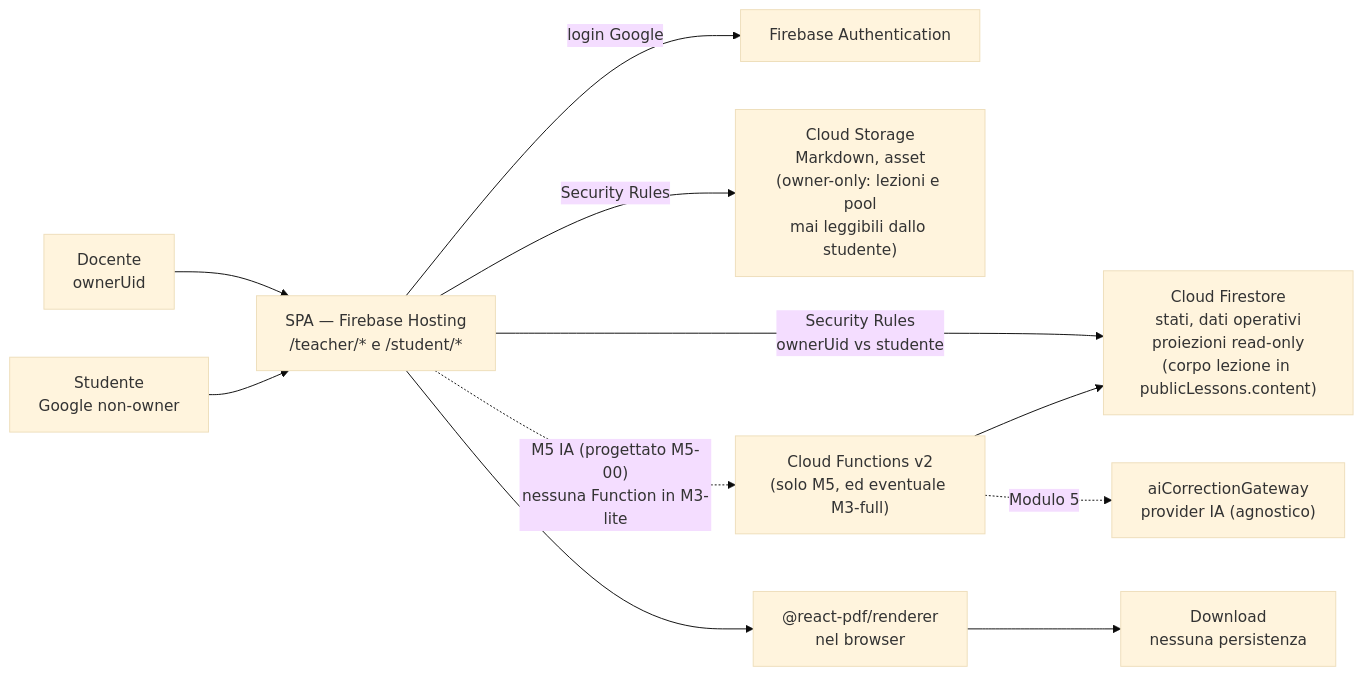
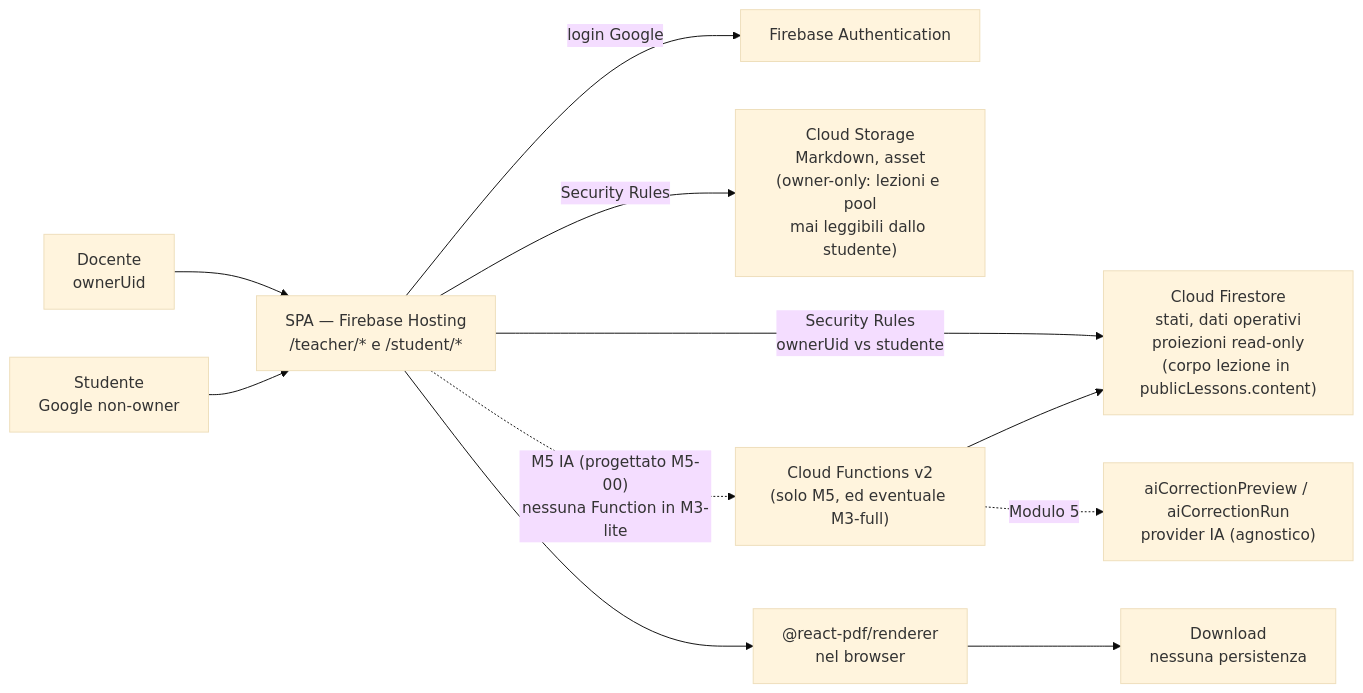
The first of 3 diagrams in documentazione/architettura.md (EnricoPaparo/SchoolForge), drawn with Mermaid (base theme) before and after one commit. The commit also changed other lines of this file and 5 other files, not shown here.

First line of the commit message:
docs(m5-00): consegne con sole chiuse eleggibili, regola chiuse tutto-o-niente, gateway a 2 onCall, aiCorrectionRuns, sweep M4/G6

````diff
--- a/documentazione/architettura.md
+++ b/documentazione/architettura.md
@@ -210,16 +210,16 @@
 ```mermaid
 flowchart LR
     D["Docente\nownerUid"] --> SPA["SPA — Firebase Hosting\n/teacher/* e /student/*"]
     S["Studente\nGoogle non-owner"] --> SPA
 
     SPA -->|"login Google"| A["Firebase Authentication"]
     SPA -->|"Security Rules\nownerUid vs studente"| F["Cloud Firestore\nstati, dati operativi\nproiezioni read-only\n(corpo lezione in publicLessons.content)"]
     SPA -->|"Security Rules"| CS["Cloud Storage\nMarkdown, asset\n(owner-only: lezioni e pool\nmai leggibili dallo studente)"]
     SPA -.->|"M5 IA (progettato M5-00)\nnessuna Function in M3-lite"| CF["Cloud Functions v2\n(solo M5, ed eventuale M3-full)"]
 
     CF --> F
-    CF -. "Modulo 5" .-> AI["aiCorrectionGateway\nprovider IA (agnostico)"]
+    CF -. "Modulo 5" .-> AI["aiCorrectionPreview / aiCorrectionRun\nprovider IA (agnostico)"]
 
     SPA --> PDF["@react-pdf/renderer\nnel browser"]
     PDF --> DL["Download\nnessuna persistenza"]
 ```
````
